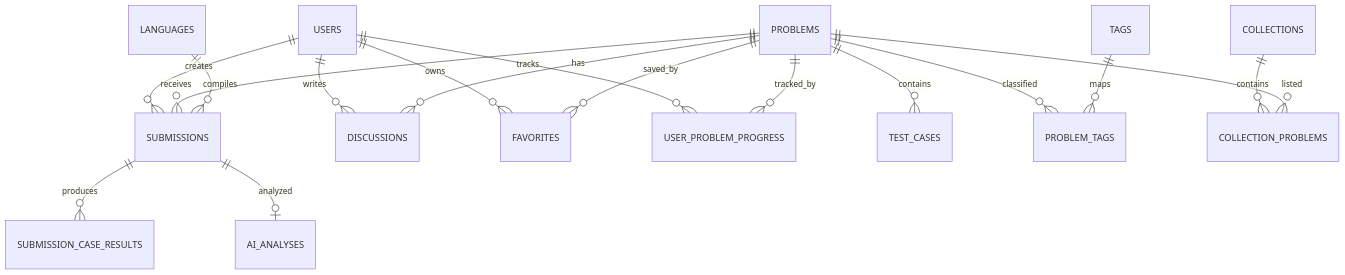
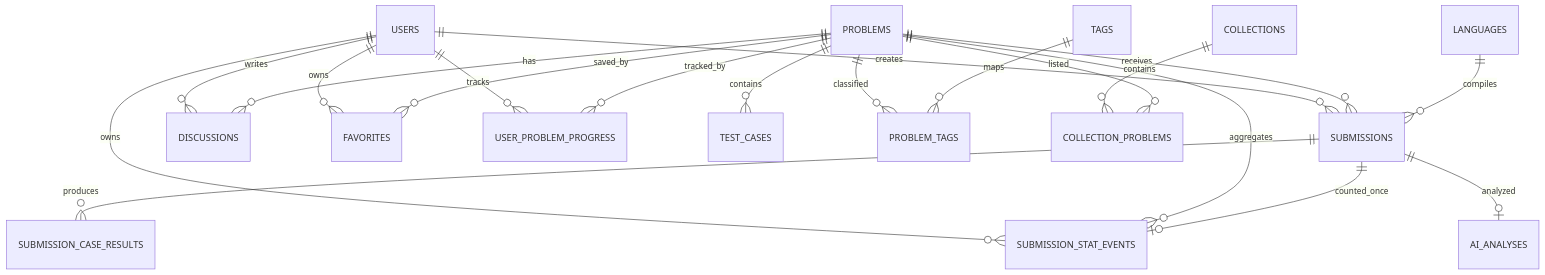
The diagram in docs/database.md (zrj20020926-max/Coding), drawn with Mermaid before and after one commit. The commit also changed other lines of this file and 43 other files, not shown here.

````diff
--- a/docs/database.md
+++ b/docs/database.md
@@ -5,19 +5,22 @@
 ```mermaid
 erDiagram
   USERS ||--o{ SUBMISSIONS : creates
   USERS ||--o{ DISCUSSIONS : writes
   USERS ||--o{ FAVORITES : owns
   USERS ||--o{ USER_PROBLEM_PROGRESS : tracks
+  USERS ||--o{ SUBMISSION_STAT_EVENTS : owns
   PROBLEMS ||--o{ TEST_CASES : contains
   PROBLEMS ||--o{ SUBMISSIONS : receives
   PROBLEMS ||--o{ DISCUSSIONS : has
   PROBLEMS ||--o{ FAVORITES : saved_by
   PROBLEMS ||--o{ PROBLEM_TAGS : classified
   TAGS ||--o{ PROBLEM_TAGS : maps
   PROBLEMS ||--o{ USER_PROBLEM_PROGRESS : tracked_by
+  PROBLEMS ||--o{ SUBMISSION_STAT_EVENTS : aggregates
   LANGUAGES ||--o{ SUBMISSIONS : compiles
   SUBMISSIONS ||--o{ SUBMISSION_CASE_RESULTS : produces
+  SUBMISSIONS ||--o| SUBMISSION_STAT_EVENTS : counted_once
   SUBMISSIONS ||--o| AI_ANALYSES : analyzed
   COLLECTIONS ||--o{ COLLECTION_PROBLEMS : contains
   PROBLEMS ||--o{ COLLECTION_PROBLEMS : listed
 ```
````
